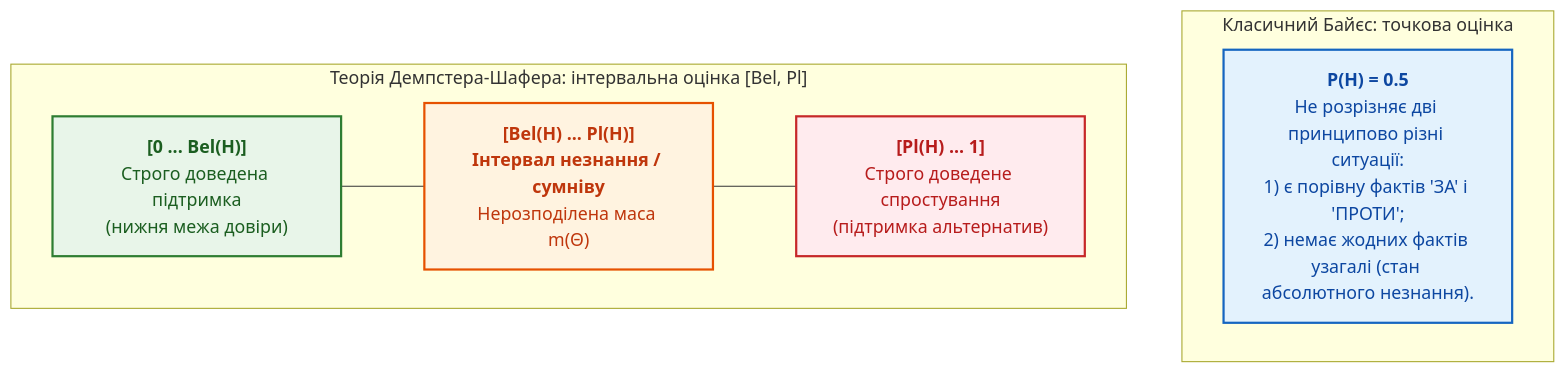
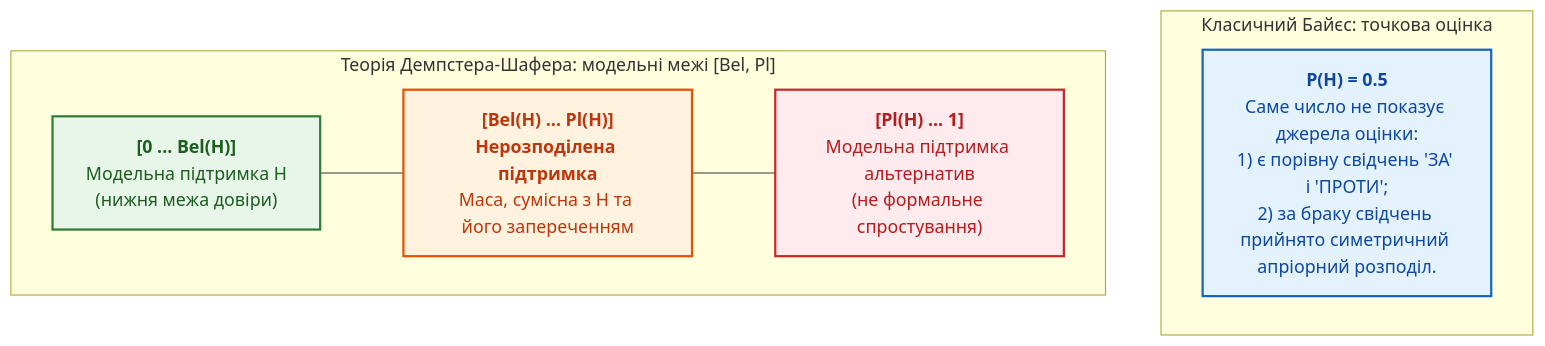
The fifth of 11 diagrams in ExpertSystem/ch04-evolution-from-bayes-to-evidence-ai.md (nick-fedchik/articles), drawn with Mermaid before and after one commit. The commit also changed other lines of this file and 193 other files, not shown here.

````diff
--- a/ExpertSystem/ch04-evolution-from-bayes-to-evidence-ai.md
+++ b/ExpertSystem/ch04-evolution-from-bayes-to-evidence-ai.md
@@ -712,27 +719,27 @@
 ```mermaid
 flowchart TD
-    accTitle: Інтервал довіри Демпстера-Шафера проти точкової ймовірності Байєса
-    accDescr: Порівняння точкової ймовірності та інтервалу між довірою Bel і правдоподібністю Pl, який явно показує міру незнання.
+    accTitle: Межі підтримки Демпстера-Шафера та точкова ймовірність Байєса
+    accDescr: Точкова оцінка сама не показує походження й достатності даних. Межі Bel і Pl показують модельну підтримку та незнання, а не формальний доказ чи статистичний довірчий інтервал.
 
     subgraph Bayes ["Класичний Байєс: точкова оцінка"]
-        B1["<b>P(H) = 0.5</b><br/>Не розрізняє дві принципово різні ситуації:<br/>1) є порівну фактів 'ЗА' і 'ПРОТИ';<br/>2) немає жодних фактів узагалі (стан абсолютного незнання)."]
+        B1["<b>P(H) = 0.5</b><br/>Саме число не показує джерела оцінки:<br/>1) є порівну свідчень 'ЗА' і 'ПРОТИ';<br/>2) за браку свідчень прийнято симетричний апріорний розподіл."]
     end
 
-    subgraph DS ["Теорія Демпстера-Шафера: інтервальна оцінка [Bel, Pl]"]
+    subgraph DS ["Теорія Демпстера-Шафера: модельні межі [Bel, Pl]"]
         direction LR
-        S1["<b>[0 ... Bel(H)]</b><br/>Строго доведена підтримка<br/>(нижня межа довіри)"]
-        S2["<b>[Bel(H) ... Pl(H)]</b><br/><b>Інтервал незнання / сумніву</b><br/>Нерозподілена маса m(Θ)"]
-        S3["<b>[Pl(H) ... 1]</b><br/>Строго доведене спростування<br/>(підтримка альтернатив)"]
+        S1["<b>[0 ... Bel(H)]</b><br/>Модельна підтримка H<br/>(нижня межа довіри)"]
+        S2["<b>[Bel(H) ... Pl(H)]</b><br/><b>Нерозподілена підтримка</b><br/>Маса, сумісна з H та його запереченням"]
+        S3["<b>[Pl(H) ... 1]</b><br/>Модельна підтримка альтернатив<br/>(не формальне спростування)"]
         S1 --- S2 --- S3
     end
 
     classDef bayes fill:#e3f2fd,stroke:#1565c0,stroke-width:2px,color:#0d47a1;
     classDef ds_know fill:#e8f5e9,stroke:#2e7d32,stroke-width:2px,color:#1b5e20;
     classDef ds_ign fill:#fff3e0,stroke:#e65100,stroke-width:2px,color:#bf360c;
     classDef ds_ref fill:#ffebee,stroke:#c62828,stroke-width:2px,color:#b71c1c;
 
     class B1 bayes;
     class S1 ds_know;
     class S2 ds_ign;
     class S3 ds_ref;
 ```
````
